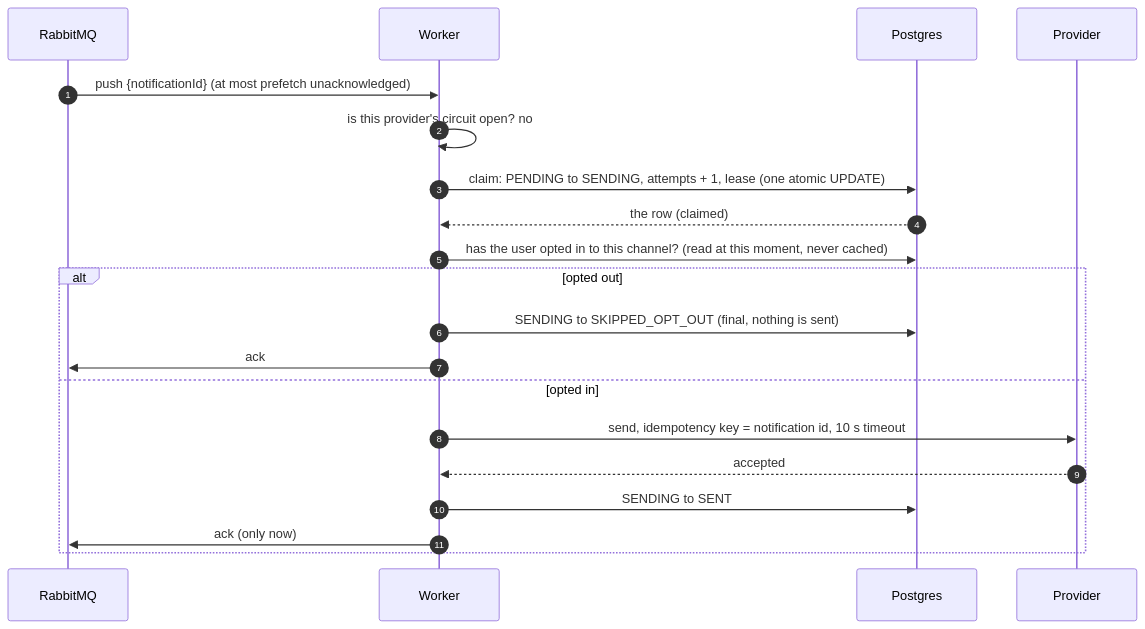
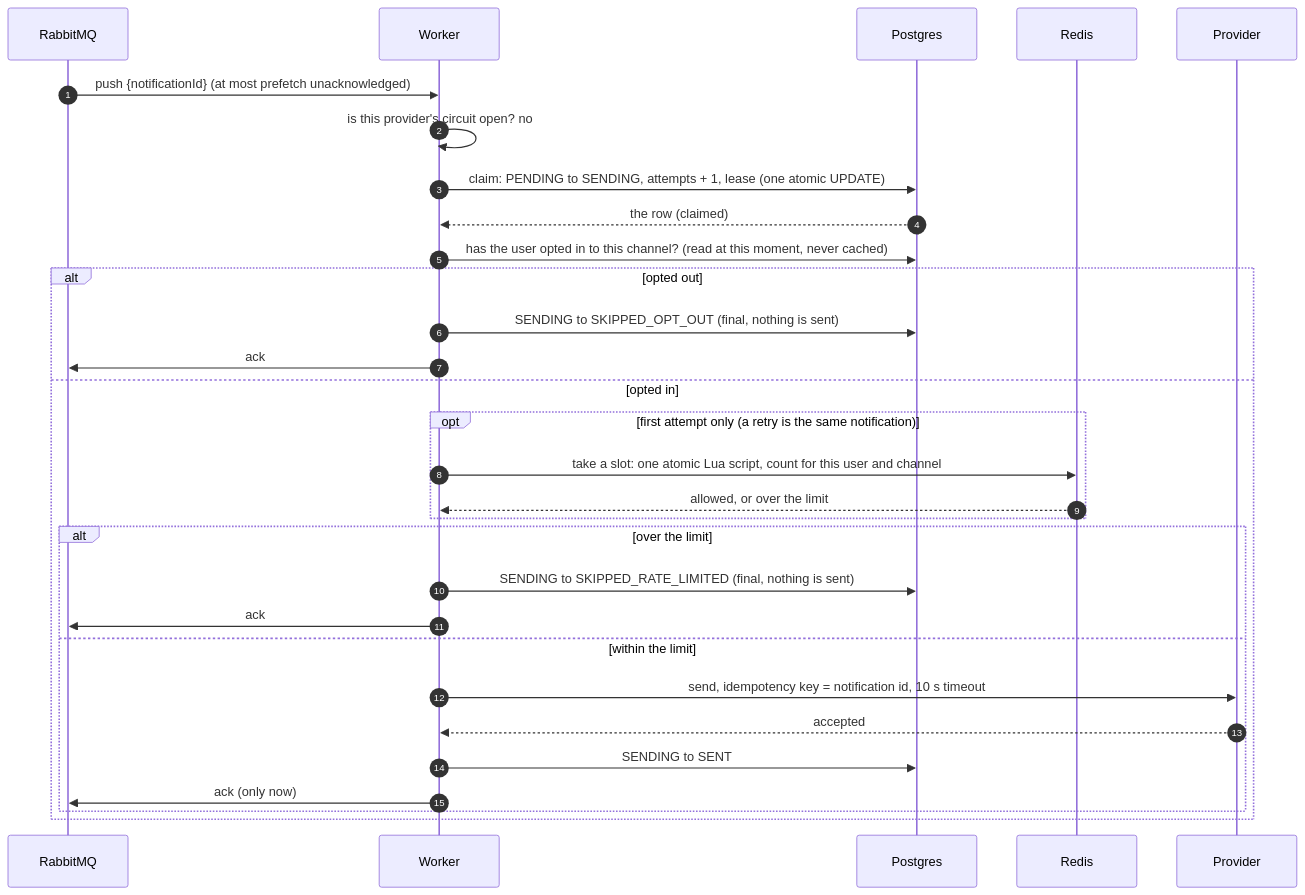
One commit to flerner/notification-system changed the third of 8 diagrams in notification-system/docs/FLOWS.md. Above: the diagram before and after it, drawn with Mermaid. The commit also changed other lines of this file and 15 other files, not shown here.

````diff
--- a/notification-system/docs/FLOWS.md
+++ b/notification-system/docs/FLOWS.md
@@ -68,23 +68,33 @@
 ```mermaid
 sequenceDiagram
     autonumber
     participant MQ as RabbitMQ
     participant W as Worker
     participant DB as Postgres
+    participant R as Redis
     participant P as Provider
 
     MQ->>W: push {notificationId} (at most prefetch unacknowledged)
     W->>W: is this provider's circuit open? no
     W->>DB: claim: PENDING to SENDING, attempts + 1, lease (one atomic UPDATE)
     DB-->>W: the row (claimed)
     W->>DB: has the user opted in to this channel? (read at this moment, never cached)
     alt opted out
         W->>DB: SENDING to SKIPPED_OPT_OUT (final, nothing is sent)
         W->>MQ: ack
     else opted in
-        W->>P: send, idempotency key = notification id, 10 s timeout
-        P-->>W: accepted
-        W->>DB: SENDING to SENT
-        W->>MQ: ack (only now)
+        opt first attempt only (a retry is the same notification)
+            W->>R: take a slot: one atomic Lua script, count for this user and channel
+            R-->>W: allowed, or over the limit
+        end
+        alt over the limit
+            W->>DB: SENDING to SKIPPED_RATE_LIMITED (final, nothing is sent)
+            W->>MQ: ack
+        else within the limit
+            W->>P: send, idempotency key = notification id, 10 s timeout
+            P-->>W: accepted
+            W->>DB: SENDING to SENT
+            W->>MQ: ack (only now)
+        end
     end
 ```
````
